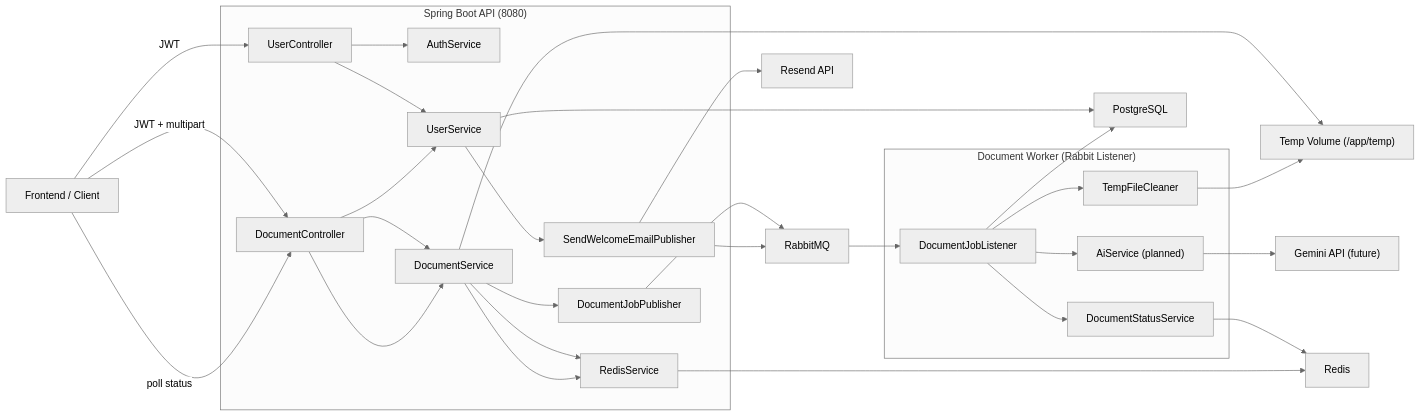
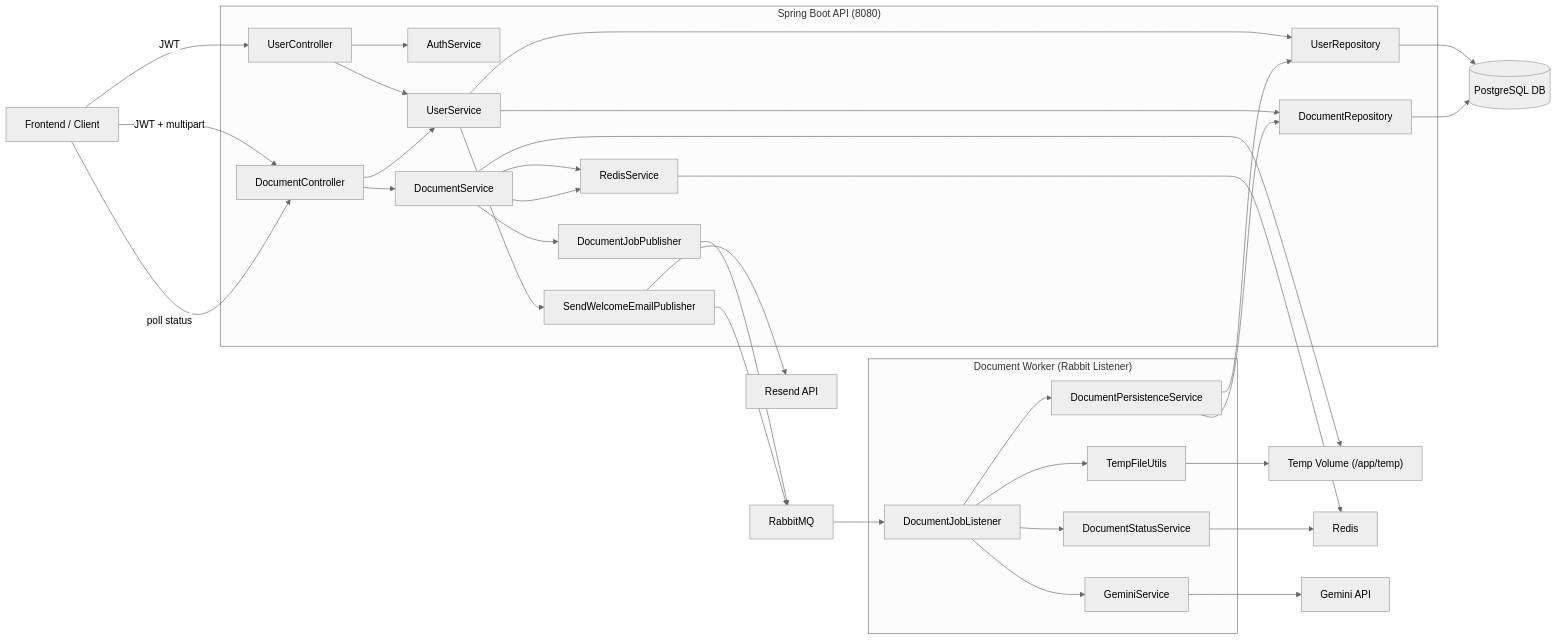
The diagram in README.md (Adeniyi-Bella/Java-Admina-Backend), drawn with Mermaid (neutral theme) before and after one commit. The commit also changed other lines of this file, not shown here.

Commit message:
docs(readme): update architecture diagram to show repository-mediated DB access

````diff
--- a/README.md
+++ b/README.md
@@ -7,63 +7,70 @@
 ```mermaid
 flowchart LR
   FE[Frontend / Client]
 
   subgraph API["Spring Boot API (8080)"]
     CTRL_USER["UserController"]
     CTRL_DOC["DocumentController"]
     SVC_AUTH["AuthService"]
     SVC_USER["UserService"]
     SVC_DOC["DocumentService"]
     SVC_REDIS["RedisService"]
     PUB_DOC["DocumentJobPublisher"]
     PUB_EMAIL["SendWelcomeEmailPublisher"]
+    REPO_USER["UserRepository"]
+    REPO_DOC["DocumentRepository"]
   end
 
   subgraph WORKER["Document Worker (Rabbit Listener)"]
     LISTENER["DocumentJobListener"]
-    TEMP_CLEAN["TempFileCleaner"]
+    SVC_PERSIST["DocumentPersistenceService"]
+    TEMP_UTIL["TempFileUtils"]
     STATUS_SVC["DocumentStatusService"]
-    AI_SVC["AiService (planned)"]
+    AI_SVC["GeminiService"]
   end
 
   FS["Temp Volume (/app/temp)"]
   MQ["RabbitMQ"]
   R["Redis"]
-  PG["PostgreSQL"]
+  DB[(PostgreSQL DB)]
   RESEND["Resend API"]
-  AI["Gemini API (future)"]
+  AI["Gemini API"]
 
   FE -->|JWT + multipart| CTRL_DOC
   FE -->|JWT| CTRL_USER
   FE -->|poll status| CTRL_DOC
 
   CTRL_USER --> SVC_AUTH
   CTRL_USER --> SVC_USER
   CTRL_DOC --> SVC_USER
   CTRL_DOC --> SVC_DOC
-  CTRL_DOC --> SVC_DOC
   SVC_DOC --> SVC_REDIS
 
   SVC_DOC --> FS
   SVC_DOC --> SVC_REDIS
   SVC_DOC --> PUB_DOC
 
-  SVC_USER --> PG
+  SVC_USER --> REPO_USER
+  SVC_USER --> REPO_DOC
   SVC_USER --> PUB_EMAIL
+  REPO_USER --> DB
+  REPO_DOC --> DB
 
   PUB_DOC --> MQ
   PUB_EMAIL --> MQ
 
   MQ --> LISTENER
+  LISTENER --> SVC_PERSIST
+  SVC_PERSIST --> REPO_USER
+  SVC_PERSIST --> REPO_DOC
   LISTENER --> STATUS_SVC
-  LISTENER --> TEMP_CLEAN
+  LISTENER --> TEMP_UTIL
   LISTENER --> AI_SVC
-  LISTENER --> PG
 
   STATUS_SVC --> R
   SVC_REDIS --> R
-  TEMP_CLEAN --> FS
+  TEMP_UTIL --> FS
 
   PUB_EMAIL --> RESEND
   AI_SVC --> AI
 ```
````
